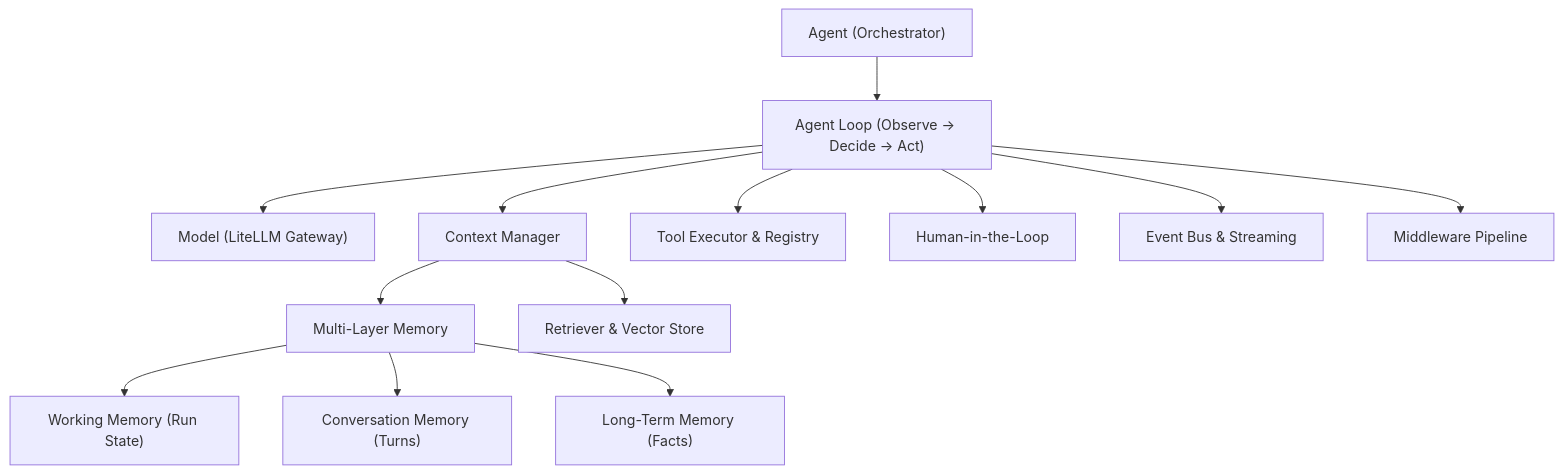
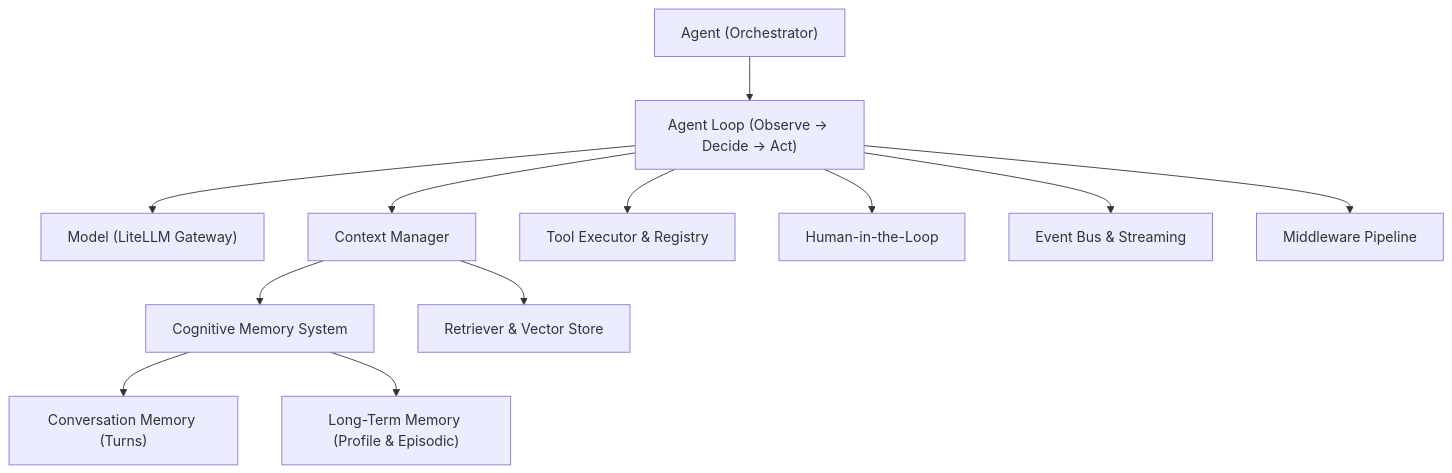
Before and after one commit to aarumugapandi-t/litellm-adk: the diagram in README.md, drawn with Mermaid. The commit also changed other lines of this file and 25 other files, not shown here.

First line of the commit message:
Implement adaptive retrieval architecture with new tools and strategies

````diff
--- a/README.md
+++ b/README.md
@@ -18,15 +18,14 @@
 ```mermaid
 graph TD
     Agent["Agent (Orchestrator)"] --> Loop["Agent Loop (Observe -> Decide -> Act)"]
     Loop --> Model["Model (LiteLLM Gateway)"]
     Loop --> ContextMgr["Context Manager"]
     Loop --> ToolExec["Tool Executor & Registry"]
     Loop --> HITL["Human-in-the-Loop"]
     Loop --> EventBus["Event Bus & Streaming"]
     Loop --> Middleware["Middleware Pipeline"]
-    ContextMgr --> Memory["Multi-Layer Memory"]
-    Memory --> WorkingMem["Working Memory (Run State)"]
+    ContextMgr --> Memory["Cognitive Memory System"]
     Memory --> ConvMem["Conversation Memory (Turns)"]
-    Memory --> LongTermMem["Long-Term Memory (Facts)"]
+    Memory --> LongTermMem["Long-Term Memory (Profile & Episodic)"]
     ContextMgr --> RAG["Retriever & Vector Store"]
 ```
````
